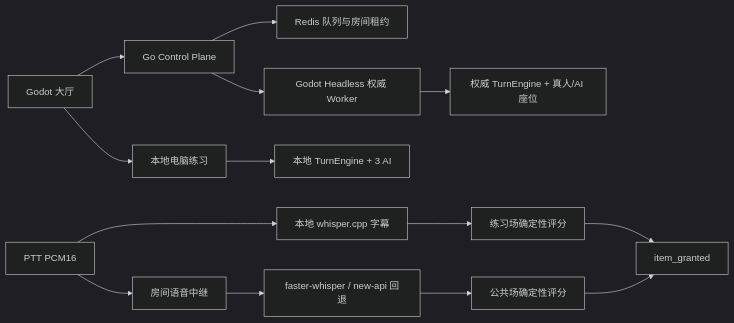
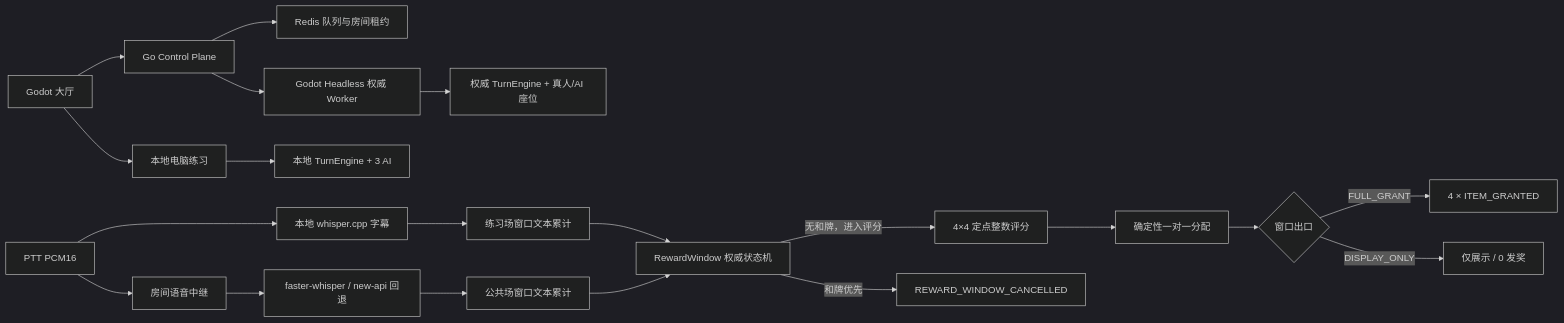
Before and after one commit to azhongxiansheng/mahjong-game: the third of 3 diagrams in docs/superpowers/specs/2026-07-22-multiplayer-trash-talk-prd.md, drawn with Mermaid (dark theme). The commit also changed other lines of this file and 4 other files, not shown here.

````diff
--- a/docs/superpowers/specs/2026-07-22-multiplayer-trash-talk-prd.md
+++ b/docs/superpowers/specs/2026-07-22-multiplayer-trash-talk-prd.md
@@ -222,18 +261,24 @@
 ```mermaid
 flowchart LR
     L["Godot 大厅"] --> P["本地电脑练习"]
     L --> Q["Go Control Plane"]
     Q --> R["Redis 队列与房间租约"]
     Q --> W["Godot Headless 权威 Worker"]
 
     P --> A["本地 TurnEngine + 3 AI"]
     W --> B["权威 TurnEngine + 真人/AI 座位"]
 
     V["PTT PCM16"] --> LS["本地 whisper.cpp 字幕"]
     V --> VS["房间语音中继"]
     VS --> STT["faster-whisper / new-api 回退"]
-    LS --> PS["练习场确定性评分"]
-    STT --> SS["公共场确定性评分"]
-    PS --> I["item_granted"]
-    SS --> I
+    LS --> PS["练习场窗口文本累计"]
+    STT --> SS["公共场窗口文本累计"]
+    PS --> RW["RewardWindow 权威状态机"]
+    SS --> RW
+    RW -->|"无和牌，进入评分"| S["4×4 定点整数评分"]
+    S --> M["确定性一对一分配"]
+    M --> O{"窗口出口"}
+    O -->|"FULL_GRANT"| I["4 × ITEM_GRANTED"]
+    O -->|"DISPLAY_ONLY"| D["仅展示 / 0 发奖"]
+    RW -->|"和牌优先"| C["REWARD_WINDOW_CANCELLED"]
 ```
````
